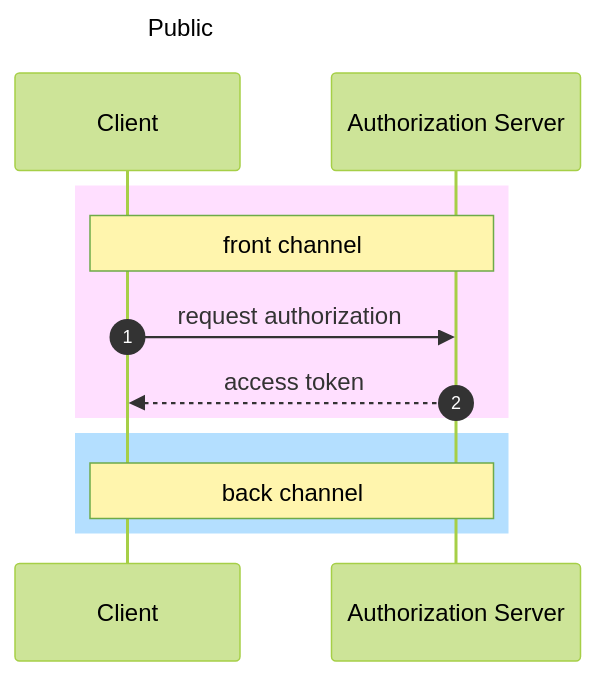
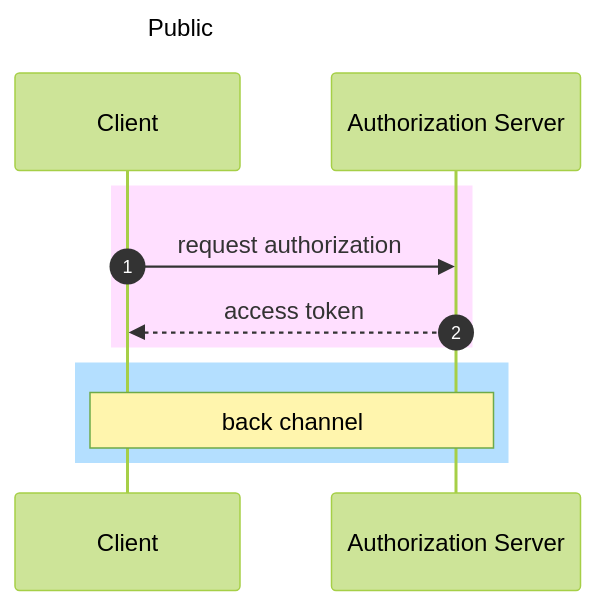
Before and after one commit to nooose/spring-security: the third of 5 diagrams in README.md, drawn with Mermaid (forest theme). The commit also changed other lines of this file, not shown here.

````diff
--- a/README.md
+++ b/README.md
@@ -196,16 +196,16 @@
 ```mermaid
 sequenceDiagram
     title Public
     autonumber
     participant C as Client
     participant S as Authorization Server
 
     rect rgb(255, 223, 255)
-    note over C, S: front channel
+    
     C->>S: request authorization
     S-->>C: access token
     end
     rect rgb(180, 223, 255)
     note over C, S: back channel
     end
 ```
````
